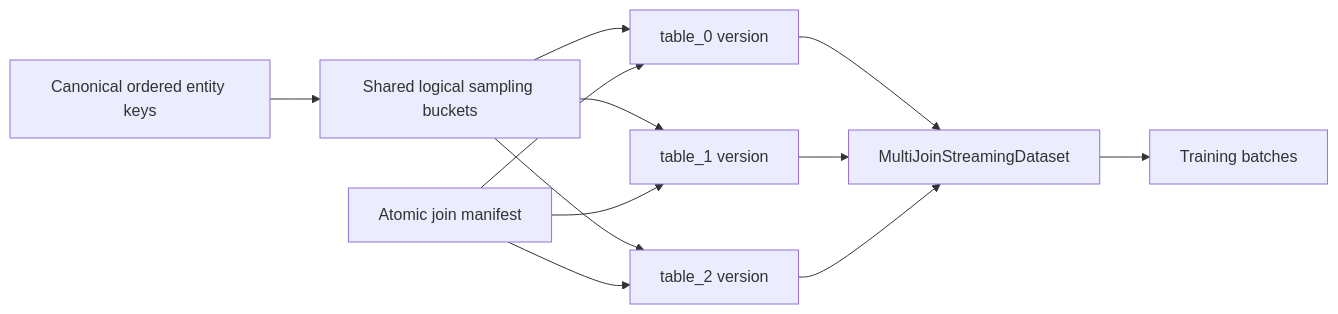
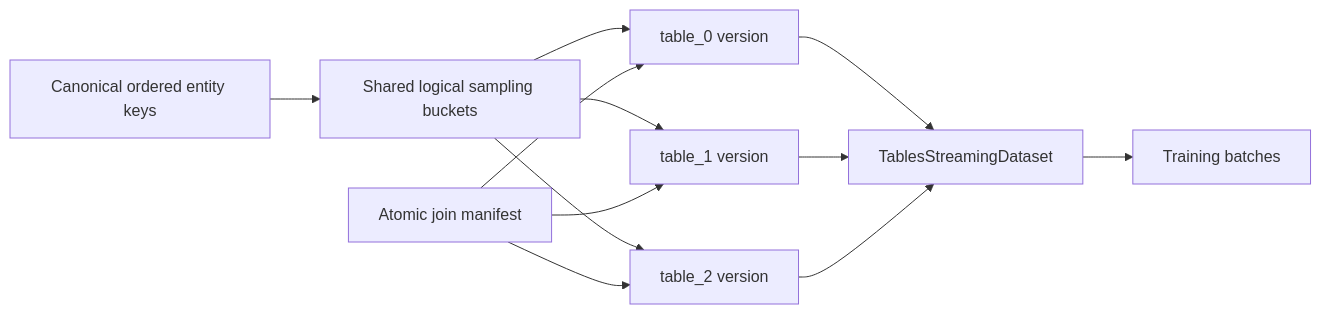
Before and after one commit to Lightning-AI/litData: the diagram in .claude/plans/multi_join_streaming_dataset.md, drawn with Mermaid. The commit also changed other lines of this file, not shown here.

First line of the commit message:
Freeze TablesStreamingDataset write/read contracts for V1.

````diff
--- a/.claude/plans/multi_join_streaming_dataset.md
+++ b/.claude/plans/multi_join_streaming_dataset.md
@@ -29,15 +29,15 @@
 ```mermaid
 flowchart LR
   canonicalKeys[Canonical ordered entity keys]
   canonicalKeys --> logicalBuckets[Shared logical sampling buckets]
   logicalBuckets --> t0[table_0 version]
   logicalBuckets --> t1[table_1 version]
   logicalBuckets --> t2[table_2 version]
   activeManifest[Atomic join manifest] --> t0
   activeManifest --> t1
   activeManifest --> t2
-  t0 --> joinedReader[MultiJoinStreamingDataset]
+  t0 --> joinedReader[TablesStreamingDataset]
   t1 --> joinedReader
   t2 --> joinedReader
   joinedReader --> training[Training batches]
 ```
````
